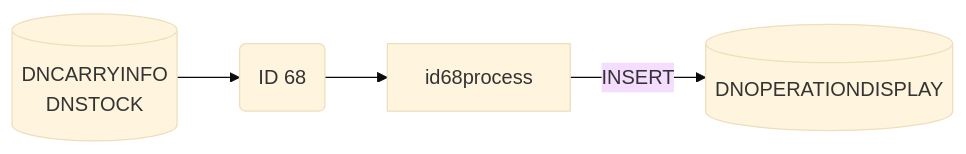
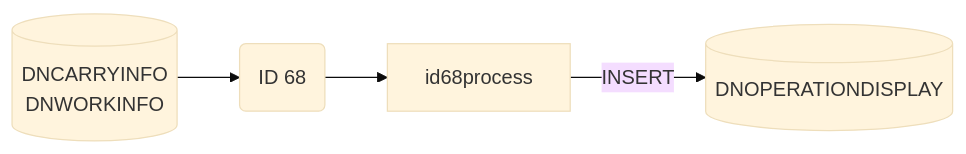
One commit to luthfiadityaa/SimeDarby-Wiki changed the eighth of 9 diagrams in Basic-Design/DFD-WMS/Retrieval/Unplanned-Retrieval-from-HP-Area.md. Above: the diagram before and after it, drawn with Mermaid (base theme).

Commit message:
Updated Unplanned Retrieval from HP Area

```diff
--- a/Basic-Design/DFD-WMS/Retrieval/Unplanned-Retrieval-from-HP-Area.md
+++ b/Basic-Design/DFD-WMS/Retrieval/Unplanned-Retrieval-from-HP-Area.md
@@ -319,20 +319,20 @@
 ::: mermaid
 flowchart LR
 
 id68("
 ID 68
 ")
 
 id68-select[("
 DNCARRYINFO
-DNSTOCK
+DNWORKINFO
 ")]
 
 id68-insert[("
 DNOPERATIONDISPLAY
 ")]
 
 id68-select-->id68
 id68-->id68process
 id68process--> |INSERT| id68-insert
 :::
```
